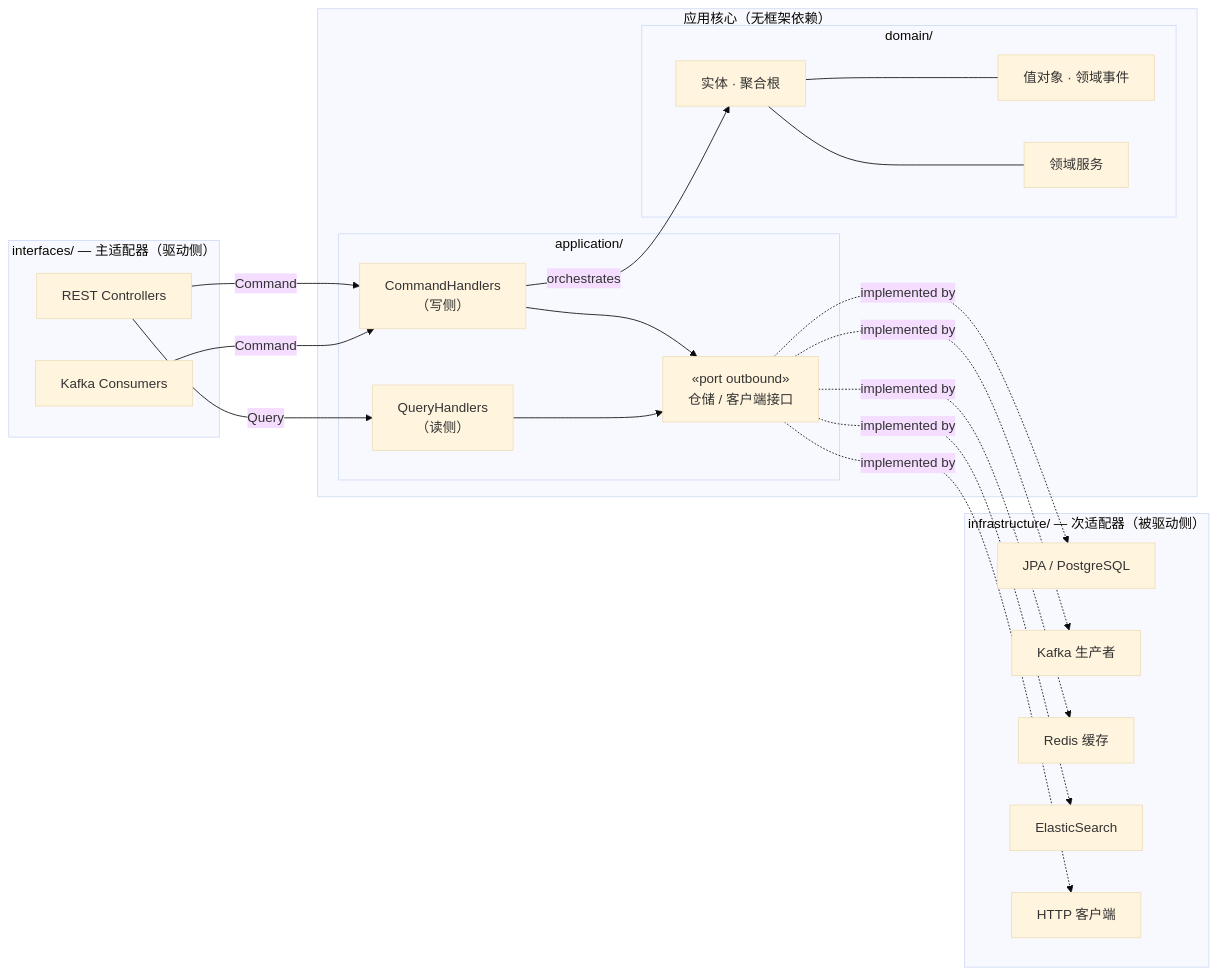
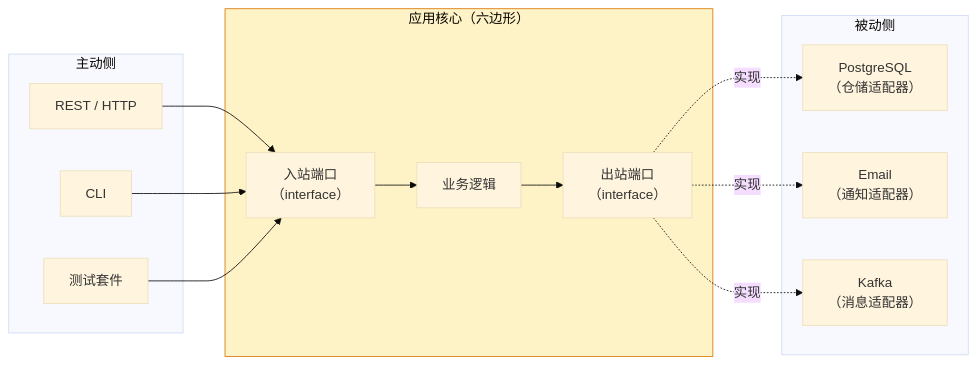
One commit to ansonli-dev/explicit-architecture changed the second of 7 diagrams in README-zh.md. Above: the diagram before and after it, drawn with Mermaid (base theme). The commit also changed other lines of this file and 22 other files, not shown here.

First line of the commit message:
docs: add bilingual documentation and rewrite README as architecture guide

````diff
--- a/README-zh.md
+++ b/README-zh.md
@@ -62,42 +59,30 @@
 ```mermaid
 graph LR
-    subgraph INT["interfaces/ — 主适配器（驱动侧）"]
-        REST["REST Controllers"]
-        CONS["Kafka Consumers"]
+    subgraph DRIVING["主动侧"]
+        HTTP["REST / HTTP"]
+        CLI["CLI"]
+        TESTS["测试套件"]
     end
 
-    subgraph CORE["应用核心（无框架依赖）"]
-        subgraph APP["application/"]
-            CMD["CommandHandlers\n（写侧）"]
-            QRY["QueryHandlers\n（读侧）"]
-            POUT["«port outbound»\n仓储 / 客户端接口"]
-        end
-        subgraph DOM["domain/"]
-            AGG["实体 · 聚合根"]
-            VO["值对象 · 领域事件"]
-            DS["领域服务"]
-        end
+    subgraph CORE["应用核心（六边形）"]
+        PIN["入站端口\n（interface）"]
+        BL["业务逻辑"]
+        POUT["出站端口\n（interface）"]
+        PIN --> BL --> POUT
     end
 
-    subgraph INF["infrastructure/ — 次适配器（被驱动侧）"]
-        JPA["JPA / PostgreSQL"]
-        KAF["Kafka 生产者"]
-        RDS["Redis 缓存"]
-        ESA["ElasticSearch"]
-        CLI["HTTP 客户端"]
+    subgraph DRIVEN["被动侧"]
+        PG["PostgreSQL\n（仓储适配器）"]
+        MAIL["Email\n（通知适配器）"]
+        KAFKA["Kafka\n（消息适配器）"]
     end
 
-    REST  -->|"Command"      | CMD
-    REST  -->|"Query"        | QRY
-    CONS  -->|"Command"      | CMD
-    CMD   -->                 POUT
-    CMD   -->|"orchestrates" | AGG
-    QRY   -->                 POUT
-    AGG   ---                 VO
-    AGG   ---                 DS
-    POUT  -.->|"implemented by"| JPA
-    POUT  -.->|"implemented by"| KAF
-    POUT  -.->|"implemented by"| RDS
-    POUT  -.->|"implemented by"| ESA
-    POUT  -.->|"implemented by"| CLI
+    HTTP  --> PIN
+    CLI   --> PIN
+    TESTS --> PIN
+    POUT -.->|实现| PG
+    POUT -.->|实现| MAIL
+    POUT -.->|实现| KAFKA
+
+    style CORE fill:#fef3c7,stroke:#d97706
 ```
````
